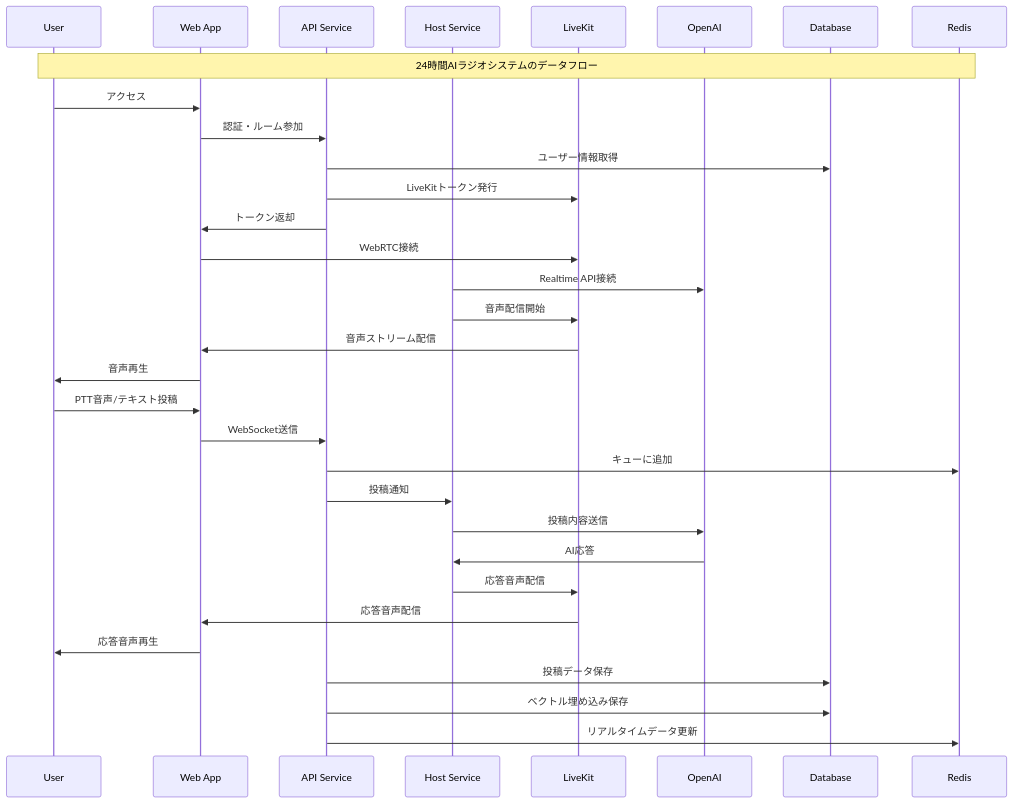
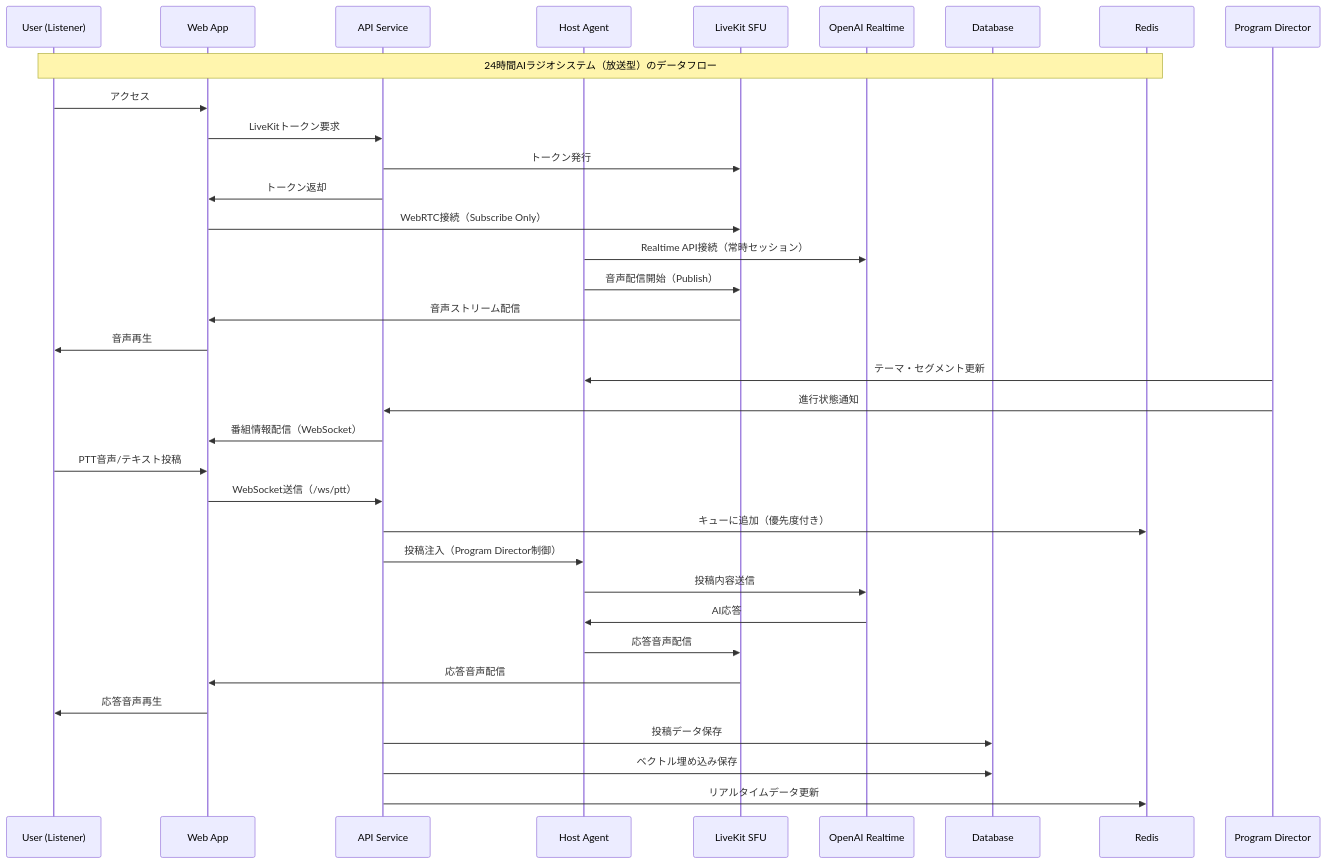
One commit to IzmYuta/Hacz_Ichthyo changed the second of 6 diagrams in docs/architecture-diagram.md. Above: the diagram before and after it, drawn with Mermaid. The commit also changed other lines of this file and 4 other files, not shown here.

````diff
--- a/docs/architecture-diagram.md
+++ b/docs/architecture-diagram.md
@@ -79,43 +66,48 @@
 ```mermaid
 sequenceDiagram
-    participant U as User
+    participant U as User (Listener)
     participant W as Web App
     participant A as API Service
-    participant H as Host Service
-    participant L as LiveKit
-    participant O as OpenAI
+    participant H as Host Agent
+    participant L as LiveKit SFU
+    participant O as OpenAI Realtime
     participant D as Database
     participant R as Redis
+    participant P as Program Director
     
-    Note over U,R: 24時間AIラジオシステムのデータフロー
+    Note over U,R: 24時間AIラジオシステム（放送型）のデータフロー
     
-    %% ユーザー接続
+    %% リスナー接続（Subscribe Only）
     U->>W: アクセス
-    W->>A: 認証・ルーム参加
-    A->>D: ユーザー情報取得
-    A->>L: LiveKitトークン発行
+    W->>A: LiveKitトークン要求
+    A->>L: トークン発行
     A->>W: トークン返却
-    W->>L: WebRTC接続
+    W->>L: WebRTC接続（Subscribe Only）
     
-    %% 音声配信
-    H->>O: Realtime API接続
-    H->>L: 音声配信開始
+    %% 常時放送（Host Agent）
+    H->>O: Realtime API接続（常時セッション）
+    H->>L: 音声配信開始（Publish）
     L->>W: 音声ストリーム配信
     W->>U: 音声再生
     
-    %% 投稿処理
+    %% 番組進行
+    P->>H: テーマ・セグメント更新
+    P->>A: 進行状態通知
+    A->>W: 番組情報配信（WebSocket）
+    
+    %% PTT投稿処理
     U->>W: PTT音声/テキスト投稿
-    W->>A: WebSocket送信
-    A->>R: キューに追加
-    A->>H: 投稿通知
+    W->>A: WebSocket送信（/ws/ptt）
+    A->>R: キューに追加（優先度付き）
+    A->>H: 投稿注入（Program Director制御）
     H->>O: 投稿内容送信
     O->>H: AI応答
     H->>L: 応答音声配信
     L->>W: 応答音声配信
     W->>U: 応答音声再生
     
     %% データ保存
     A->>D: 投稿データ保存
     A->>D: ベクトル埋め込み保存
     A->>R: リアルタイムデータ更新
 ```
````
